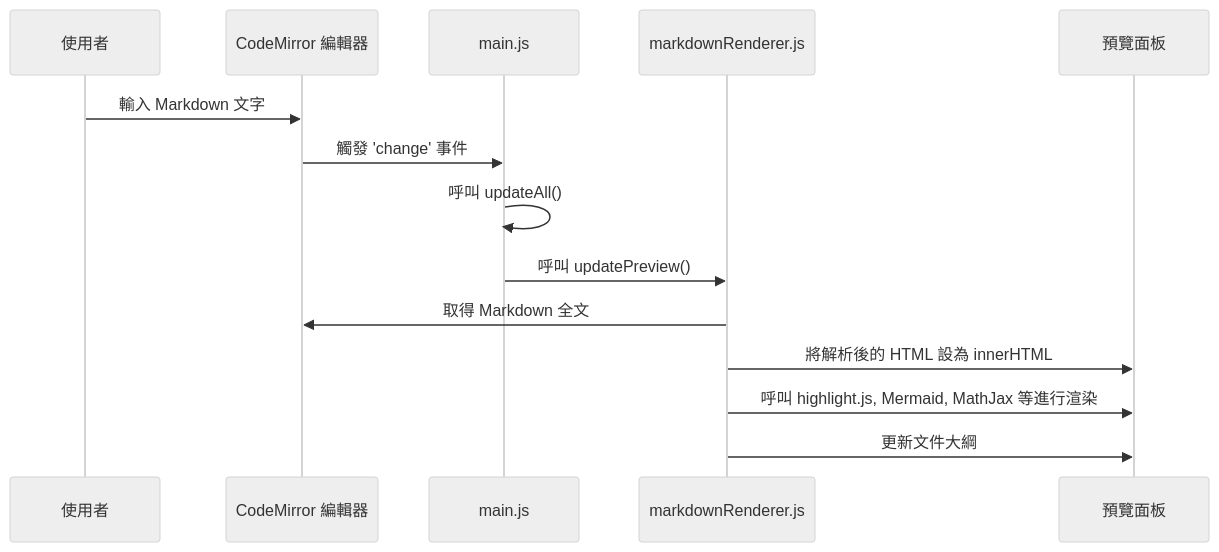
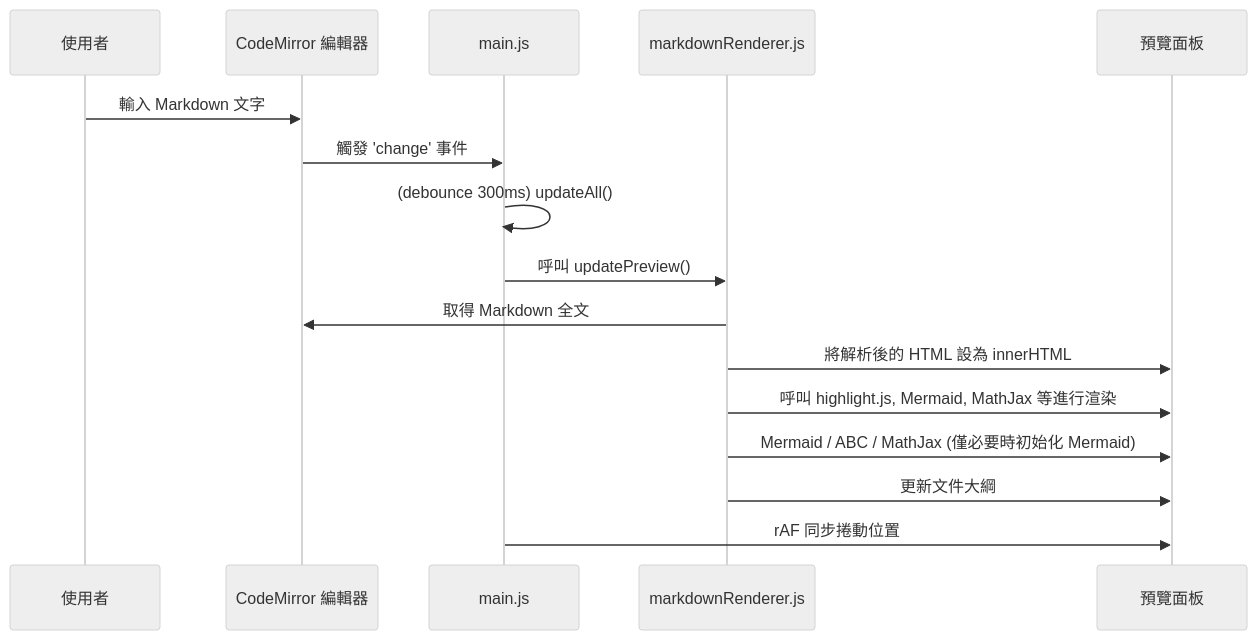
The second of 4 diagrams in ARCHITECTURE.md (ytssamuel/md_editor), drawn with Mermaid (neutral theme) before and after one commit. The commit also changed other lines of this file and 6 other files, not shown here.

````diff
--- a/ARCHITECTURE.md
+++ b/ARCHITECTURE.md
@@ -66,17 +77,19 @@
 ```mermaid
 sequenceDiagram
     participant User as 使用者
     participant Editor as CodeMirror 編輯器
     participant Main as main.js
     participant Renderer as markdownRenderer.js
     participant Preview as 預覽面板
 
     User->>Editor: 輸入 Markdown 文字
     Editor->>Main: 觸發 'change' 事件
-    Main->>Main: 呼叫 updateAll()
+    Main->>Main: (debounce 300ms) updateAll()
     Main->>Renderer: 呼叫 updatePreview()
     Renderer->>Editor: 取得 Markdown 全文
     Renderer->>Preview: 將解析後的 HTML 設為 innerHTML
     Renderer->>Preview: 呼叫 highlight.js, Mermaid, MathJax 等進行渲染
+    Renderer->>Preview: Mermaid / ABC / MathJax (僅必要時初始化 Mermaid)
     Renderer->>Preview: 更新文件大綱
+    Main->>Preview: rAF 同步捲動位置
 ```
````
